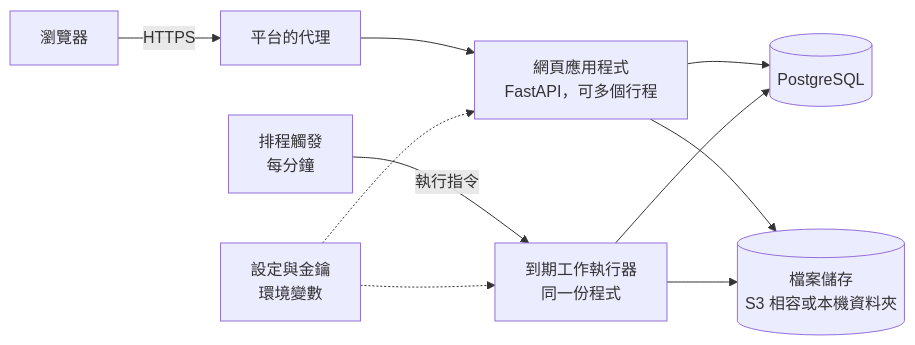
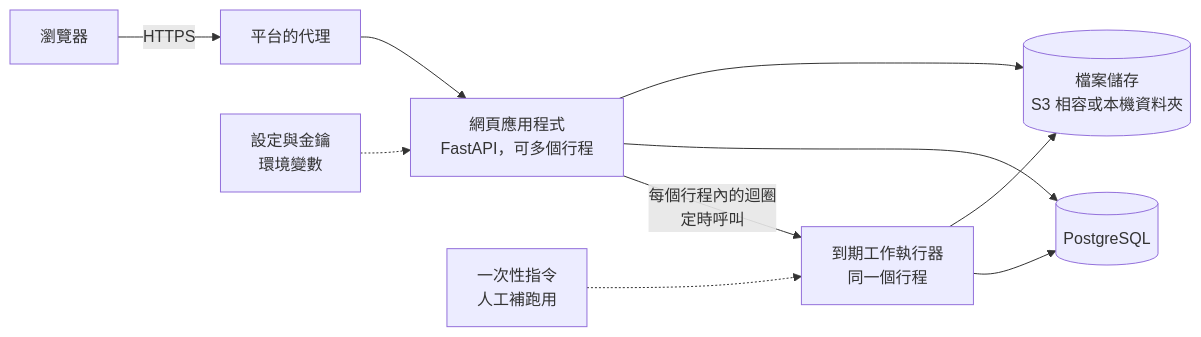
The first of 3 diagrams in docs/tasks/system-design/design.md (pitaya943/yc-report-v4), drawn with Mermaid before and after one commit. The commit also changed other lines of this file and 2 other files, not shown here.

````diff
--- a/docs/tasks/system-design/design.md
+++ b/docs/tasks/system-design/design.md
@@ -18,12 +18,12 @@
 ```mermaid
 flowchart LR
   B[瀏覽器] -->|HTTPS| P[平台的代理]
   P --> W[網頁應用程式<br/>FastAPI，可多個行程]
-  T[排程觸發<br/>每分鐘] -->|執行指令| J[到期工作執行器<br/>同一份程式]
+  W -->|每個行程內的迴圈<br/>定時呼叫| J[到期工作執行器<br/>同一個行程]
+  C[一次性指令<br/>人工補跑用] -.-> J
   W --> D[(PostgreSQL)]
   J --> D
   W --> S[(檔案儲存<br/>S3 相容或本機資料夾)]
   J --> S
   K[設定與金鑰<br/>環境變數] -.-> W
-  K -.-> J
 ```
````
